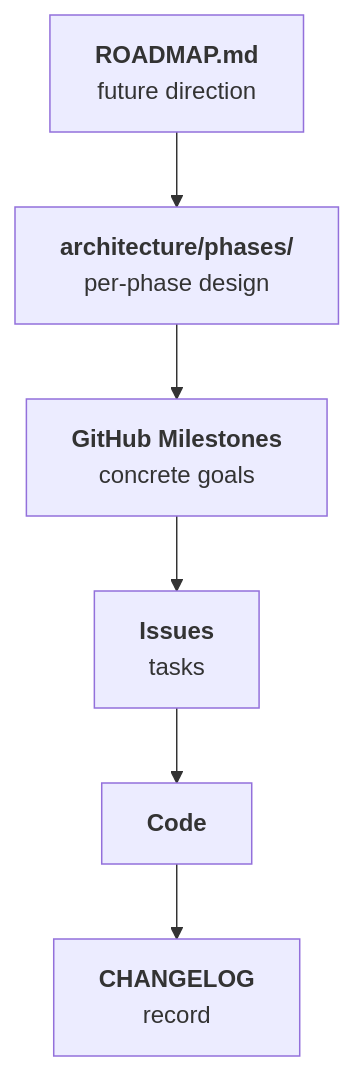
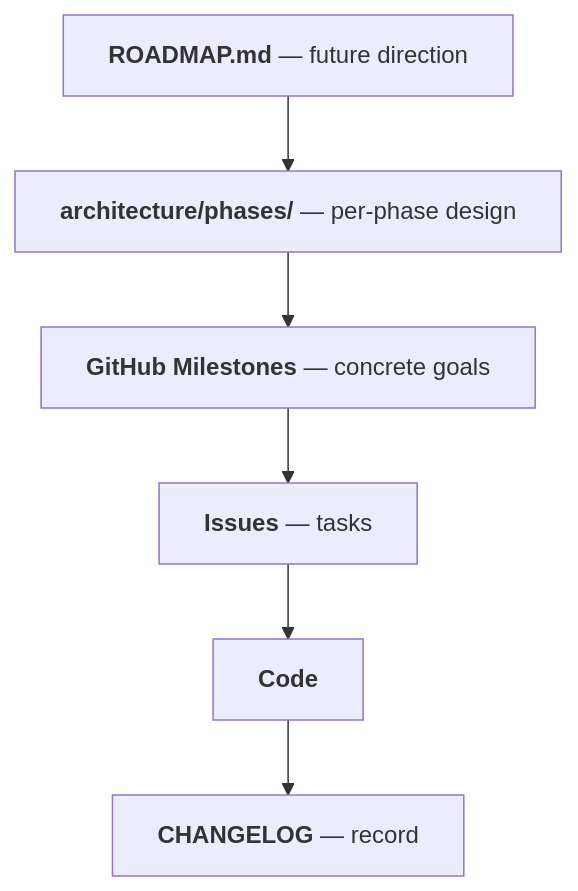
One commit to XYChouMian/caegraph changed the diagram in ROADMAP.md. Above: the diagram before and after it, drawn with Mermaid. The commit also changed 7 other files, not shown here.

Commit message:
docs(mermaid): compact vertical flow labels

````diff
--- a/ROADMAP.md
+++ b/ROADMAP.md
@@ -7,15 +7,15 @@
 ```mermaid
 flowchart TD
     classDef nowrap white-space:nowrap
 
-    A["<b>ROADMAP.md</b><br>future direction"]
-    B["<b>architecture/phases/</b><br>per-phase design"]
-    C["<b>GitHub Milestones</b><br>concrete goals"]
-    D["<b>Issues</b><br>tasks"]
+    A["<b>ROADMAP.md</b> — future direction"]
+    B["<b>architecture/phases/</b> — per-phase design"]
+    C["<b>GitHub Milestones</b> — concrete goals"]
+    D["<b>Issues</b> — tasks"]
     E["<b>Code</b>"]
-    F["<b>CHANGELOG</b><br>record"]
+    F["<b>CHANGELOG</b> — record"]
 
     A --> B --> C --> D --> E --> F
 
     class A,B,C,D,E,F nowrap
 ```
````
